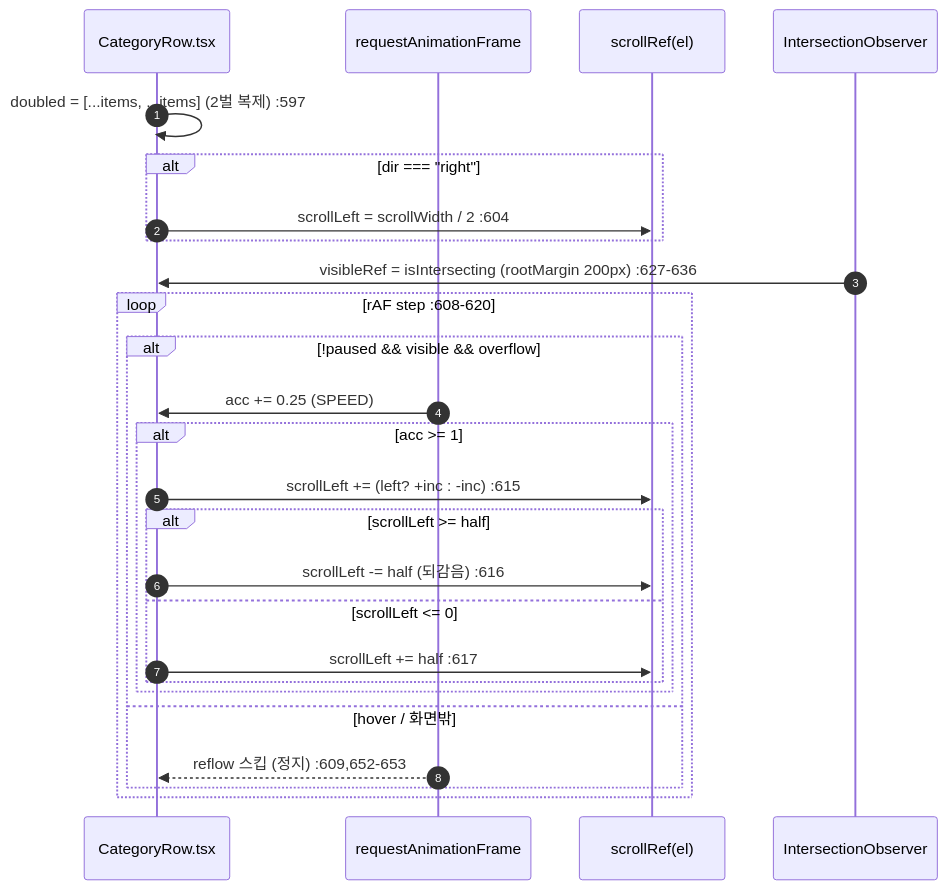
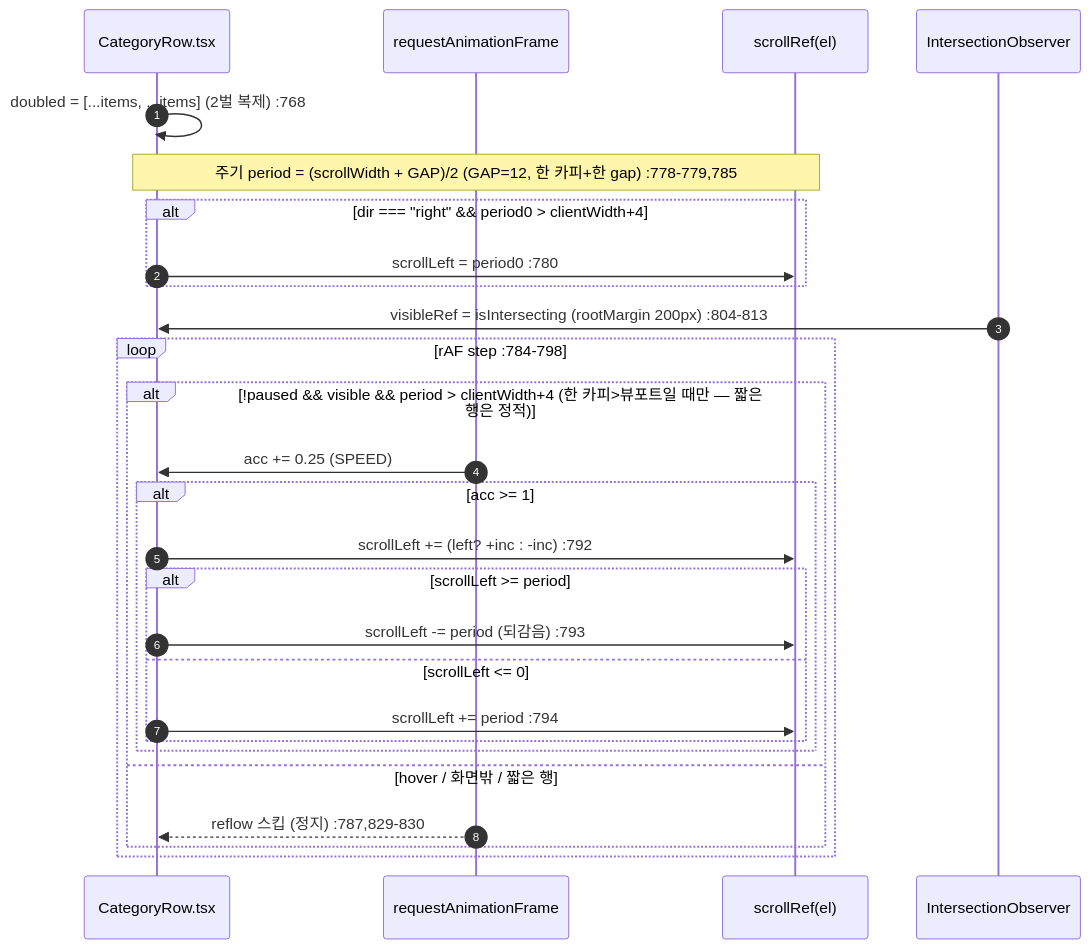
Before and after one commit to crebiz-commits/ai-v-market: the fourth of 4 diagrams in docs/prd/03-cinema-ott.md, drawn with Mermaid. The commit also changed other lines of this file and 10 other files, not shown here.

````diff
--- a/docs/prd/03-cinema-ott.md
+++ b/docs/prd/03-cinema-ott.md
@@ -549,30 +584,31 @@
 ```mermaid
 sequenceDiagram
     autonumber
     participant CR as CategoryRow.tsx
     participant RAF as requestAnimationFrame
     participant EL as scrollRef(el)
     participant IO as IntersectionObserver
 
-    CR->>CR: doubled = [...items, ...items] (2벌 복제) :597
-    alt dir === "right"
-        CR->>EL: scrollLeft = scrollWidth / 2 :604
+    CR->>CR: doubled = [...items, ...items] (2벌 복제) :768
+    Note over CR,EL: 주기 period = (scrollWidth + GAP)/2 (GAP=12, 한 카피+한 gap) :778-779,785
+    alt dir === "right" && period0 > clientWidth+4
+        CR->>EL: scrollLeft = period0 :780
     end
-    IO->>CR: visibleRef = isIntersecting (rootMargin 200px) :627-636
+    IO->>CR: visibleRef = isIntersecting (rootMargin 200px) :804-813
 
-    loop rAF step :608-620
-        alt !paused && visible && overflow
+    loop rAF step :784-798
+        alt !paused && visible && period > clientWidth+4 (한 카피>뷰포트일 때만 — 짧은 행은 정적)
             RAF->>CR: acc += 0.25 (SPEED)
             alt acc >= 1
-                CR->>EL: scrollLeft += (left? +inc : -inc) :615
-                alt scrollLeft >= half
-                    CR->>EL: scrollLeft -= half (되감음) :616
+                CR->>EL: scrollLeft += (left? +inc : -inc) :792
+                alt scrollLeft >= period
+                    CR->>EL: scrollLeft -= period (되감음) :793
                 else scrollLeft <= 0
-                    CR->>EL: scrollLeft += half :617
+                    CR->>EL: scrollLeft += period :794
                 end
             end
-        else hover / 화면밖
-            RAF-->>CR: reflow 스킵 (정지) :609,652-653
+        else hover / 화면밖 / 짧은 행
+            RAF-->>CR: reflow 스킵 (정지) :787,829-830
         end
     end
 ```
````
